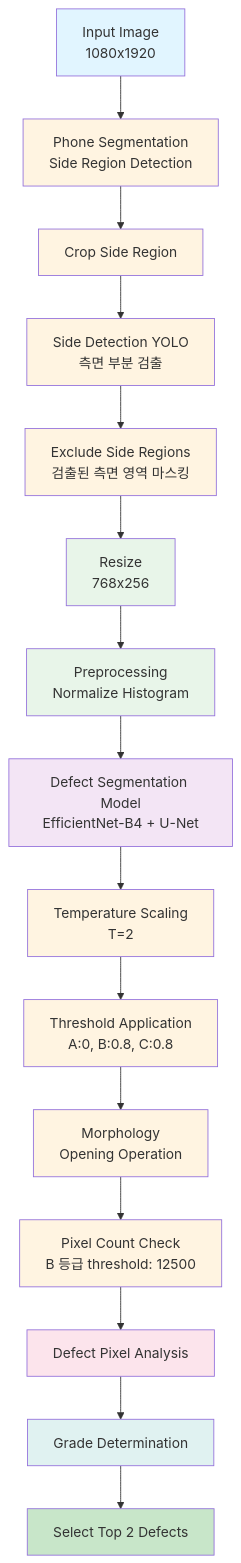
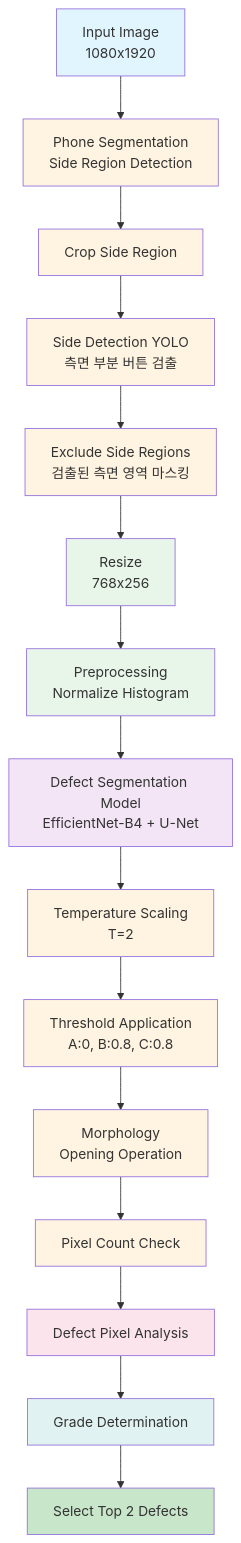
The third of 4 diagrams in phone_detect/docs/pipeline_diagram.md (yong-again/portfolio), drawn with Mermaid before and after one commit. The commit also changed other lines of this file and 2 other files, not shown here.

````diff
--- a/phone_detect/docs/pipeline_diagram.md
+++ b/phone_detect/docs/pipeline_diagram.md
@@ -83,33 +89,33 @@
 ```mermaid
 graph TD
     A[Input Image<br/>1080x1920] --> B[Phone Segmentation<br/>Side Region Detection]
     B --> C[Crop Side Region]
-    C --> D[Side Detection YOLO<br/>측면 부분 검출]
+    C --> D[Side Detection YOLO<br/>측면 부분 버튼 검출]
     D --> E[Exclude Side Regions<br/>검출된 측면 영역 마스킹]
     E --> F[Resize<br/>768x256]
     F --> G[Preprocessing<br/>Normalize Histogram]
     G --> H[Defect Segmentation Model<br/>EfficientNet-B4 + U-Net]
     H --> I[Temperature Scaling<br/>T=2]
     I --> J[Threshold Application<br/>A:0, B:0.8, C:0.8]
     J --> K[Morphology<br/>Opening Operation]
-    K --> L[Pixel Count Check<br/>B 등급 threshold: 12500]
+    K --> L[Pixel Count Check]
     L --> M[Defect Pixel Analysis]
     M --> N[Grade Determination]
     N --> O[Select Top 2 Defects]
     
     style A fill:#e1f5ff
     style B fill:#fff4e1
     style C fill:#fff4e1
     style D fill:#fff4e1
     style E fill:#fff4e1
     style F fill:#e8f5e9
     style G fill:#e8f5e9
     style H fill:#f3e5f5
     style I fill:#fff4e1
     style J fill:#fff4e1
     style K fill:#fff4e1
     style L fill:#fff4e1
     style M fill:#fce4ec
     style N fill:#e0f2f1
     style O fill:#c8e6c9
 ```
````
